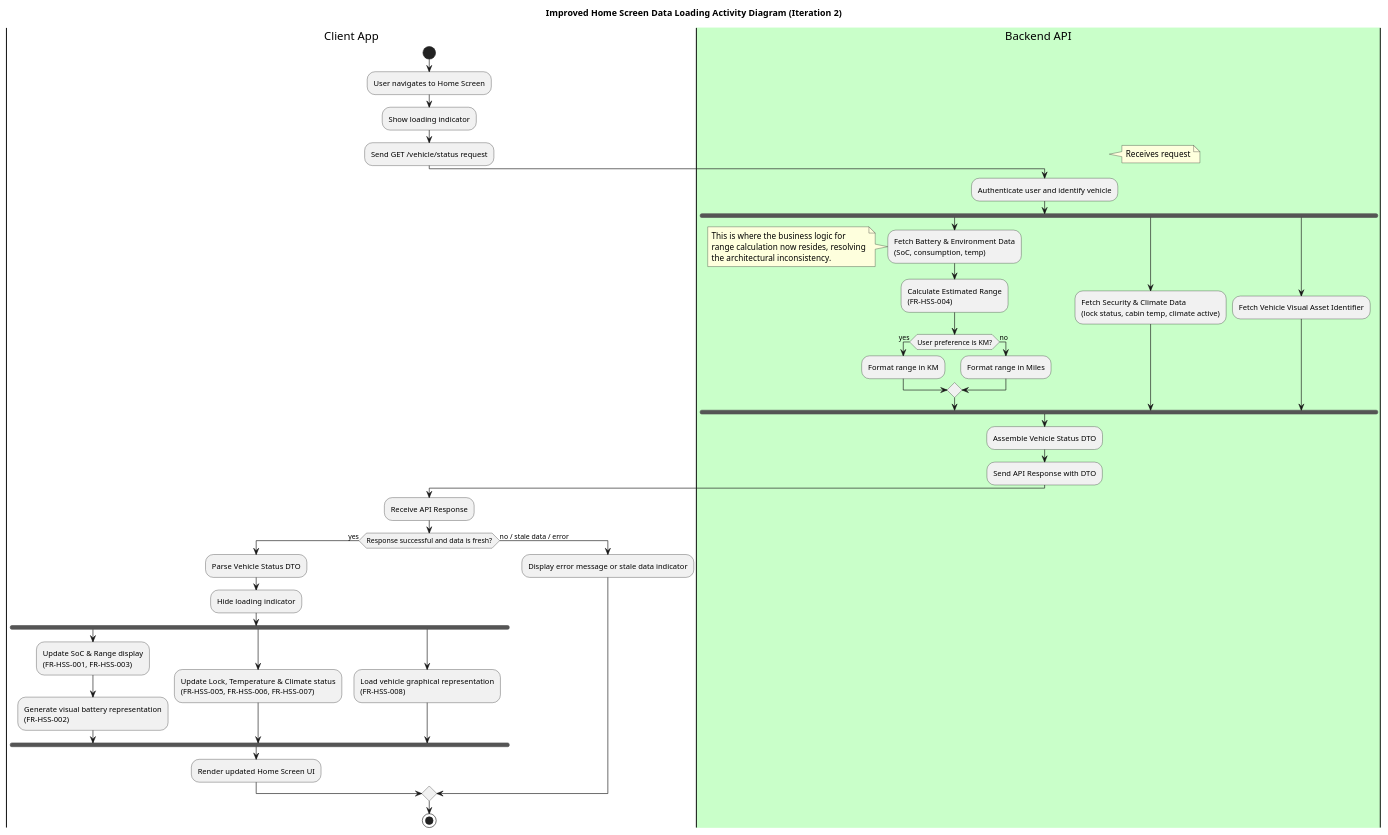
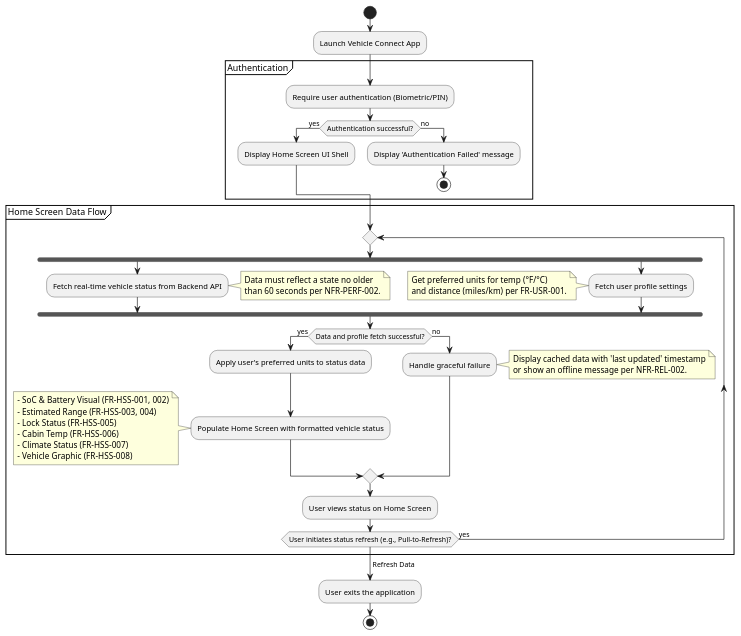
One commit to fcaversan/SRS_Project changed the diagram in uml_diagrams/activity/Home_Screen_Vehicle_Status_v2_activity_diagram.puml. Above: the diagram before and after it, drawn with PlantUML. The commit also changed 149 other files, not shown here.

First line of the commit message:
feat: Add scope enforcement to prevent diagram hallucination and feature drift

```diff
--- a/uml_diagrams/activity/Home_Screen_Vehicle_Status_v2_activity_diagram.puml
+++ b/uml_diagrams/activity/Home_Screen_Vehicle_Status_v2_activity_diagram.puml
@@ -1,68 +1,68 @@
 @startuml
-title Improved Home Screen Data Loading Activity Diagram (Iteration 2)
-|Client App|
+' Diagram refactored by a senior UML architect based on QA feedback.
+' ITERATION 2: Focus is strictly on the Home Screen & Vehicle Status slice.
+' This diagram follows MODERN PlantUML syntax.
+
 start
-:User navigates to Home Screen;
-:Show loading indicator;
-:Send GET /vehicle/status request;
 
-|#Technology|Backend API|
-note right: Receives request
-:Authenticate user and identify vehicle;
-fork
-  :Fetch Battery & Environment Data
-  (SoC, consumption, temp);
-  note left
-    This is where the business logic for
-    range calculation now resides, resolving
-    the architectural inconsistency.
-  end note
-  :Calculate Estimated Range
-  (FR-HSS-004);
-  if (User preference is KM?) then (yes)
-    :Format range in KM;
+:Launch Vehicle Connect App;
+
+partition Authentication {
+  :Require user authentication (Biometric/PIN);
+  ' NFR-SEC-001
+  if (Authentication successful?) then (yes)
+    :Display Home Screen UI Shell;
+    ' App must launch to a usable screen within 4s (NFR-PERF-003)
   else (no)
-    :Format range in Miles;
+    :Display 'Authentication Failed' message;
+    stop
   endif
+}
 
-fork again
-  :Fetch Security & Climate Data
-  (lock status, cabin temp, climate active);
+partition "Home Screen Data Flow" {
+    repeat
+        fork
+            :Fetch real-time vehicle status from Backend API;
+            note right
+                Data must reflect a state no older
+                than 60 seconds per NFR-PERF-002.
+            end note
+        fork again
+            :Fetch user profile settings;
+            note left
+                Get preferred units for temp (°F/°C)
+                and distance (miles/km) per FR-USR-001.
+            end note
+        end fork
 
-fork again
-  :Fetch Vehicle Visual Asset Identifier;
+        if (Data and profile fetch successful?) then (yes)
+            :Apply user's preferred units to status data;
+            ' Implements FR-USR-001
+            :Populate Home Screen with formatted vehicle status;
+            note left
+             - SoC & Battery Visual (FR-HSS-001, 002)
+             - Estimated Range (FR-HSS-003, 004)
+             - Lock Status (FR-HSS-005)
+             - Cabin Temp (FR-HSS-006)
+             - Climate Status (FR-HSS-007)
+             - Vehicle Graphic (FR-HSS-008)
+            end note
+        else (no)
+            :Handle graceful failure;
+            note right
+                Display cached data with 'last updated' timestamp
+                or show an offline message per NFR-REL-002.
+            end note
+        endif
 
-fork end
-:Assemble Vehicle Status DTO;
-:Send API Response with DTO;
+        :User views status on Home Screen;
 
-|Client App|
-:Receive API Response;
-if (Response successful and data is fresh?) then (yes)
-  :Parse Vehicle Status DTO;
-  :Hide loading indicator;
-  fork
-    'Battery and Range UI
-    :Update SoC & Range display
-    (FR-HSS-001, FR-HSS-003);
-    :Generate visual battery representation
-    (FR-HSS-002);
+    repeat while (User initiates status refresh (e.g., Pull-to-Refresh)?) is (yes)
+    -> Refresh Data;
+}
 
-  fork again
-    'Security and Climate UI
-    :Update Lock, Temperature & Climate status
-    (FR-HSS-005, FR-HSS-006, FR-HSS-007);
+:User exits the application;
 
-  fork again
-    'Visual Asset UI
-    :Load vehicle graphical representation
-    (FR-HSS-008);
+stop
 
-  fork end
-  :Render updated Home Screen UI;
-
-else (no / stale data / error)
-  :Display error message or stale data indicator;
-endif
-stop
 @enduml
```
